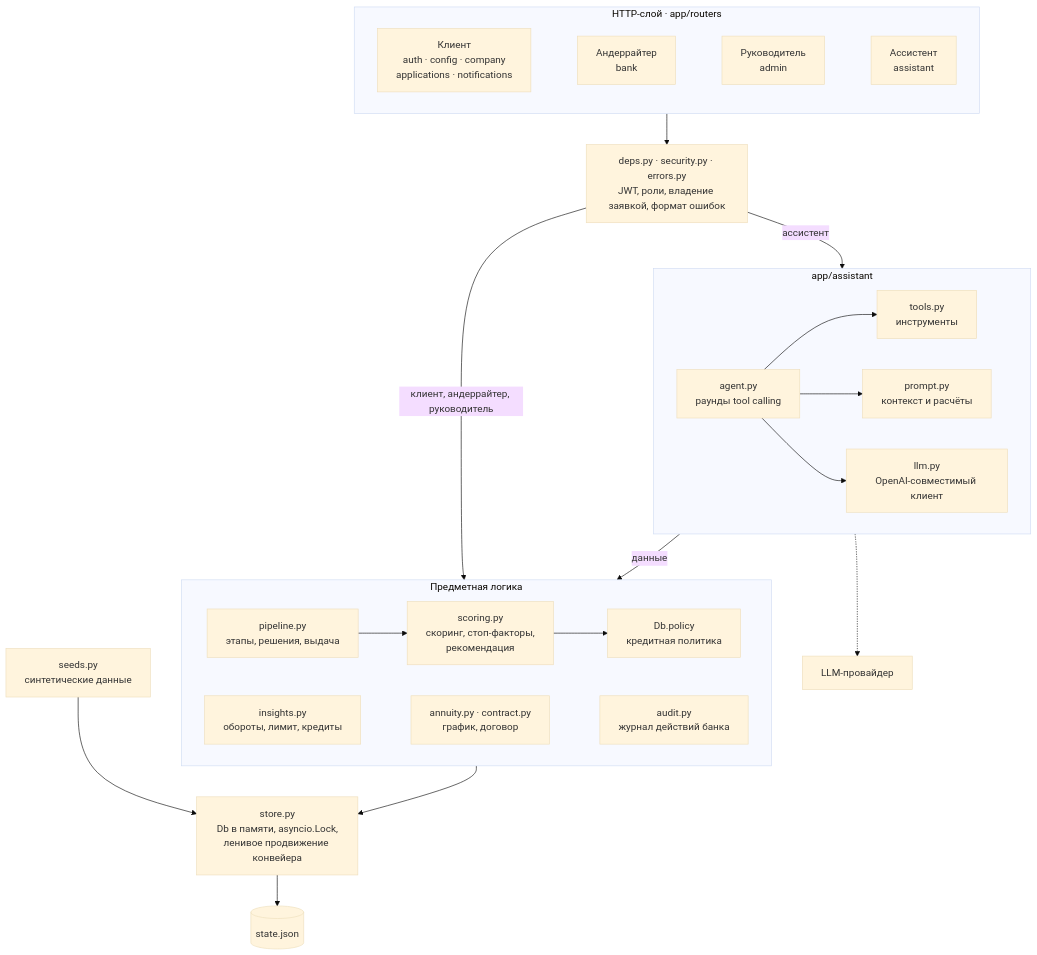
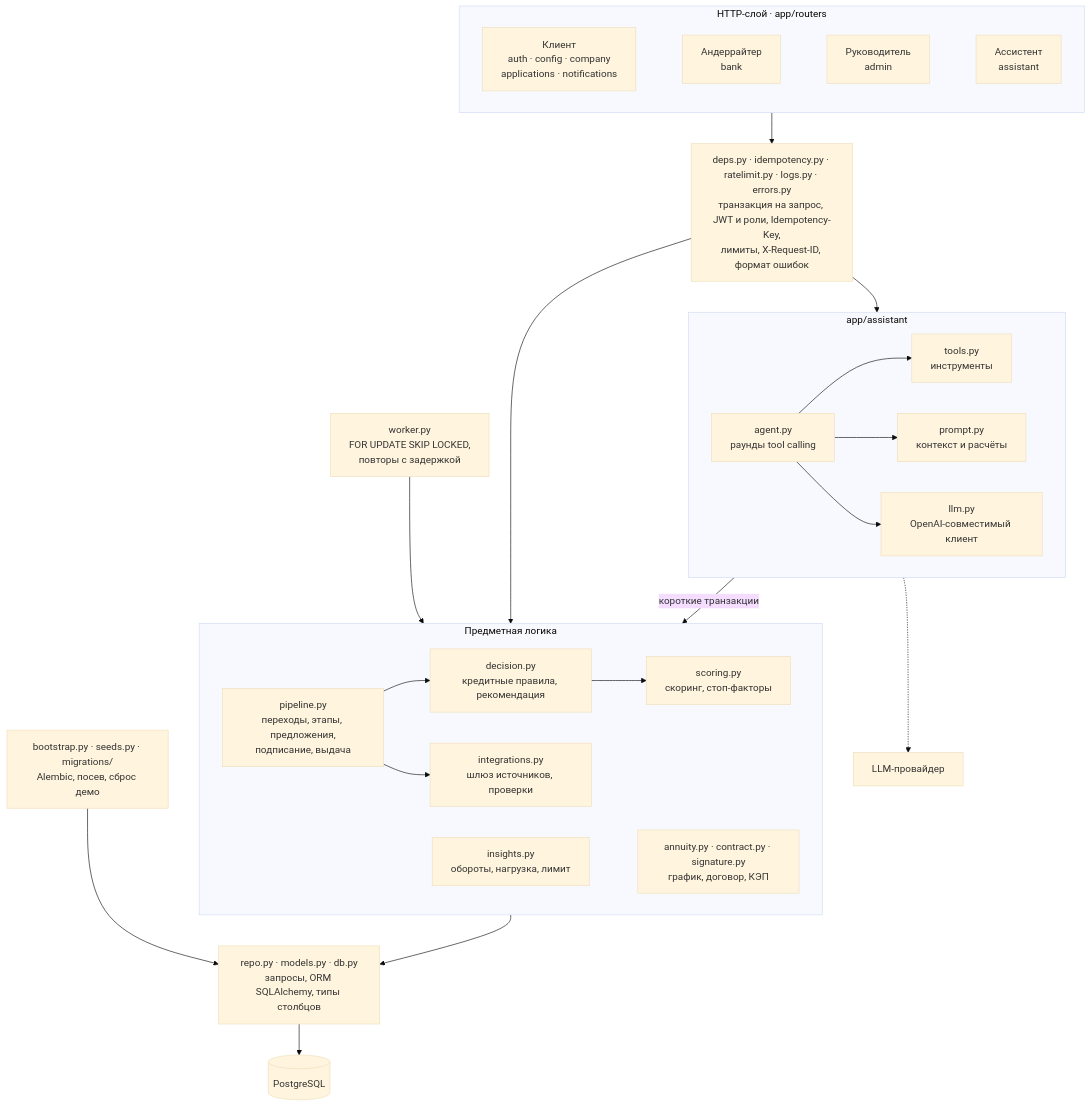
Before and after one commit to hugecatdev/alpharay: the third of 8 diagrams in docs/architecture.md, drawn with Mermaid (base theme). The commit also changed other lines of this file and 88 other files, not shown here.

````diff
--- a/docs/architecture.md
+++ b/docs/architecture.md
@@ -73,50 +79,54 @@
 ```mermaid
 flowchart TB
     subgraph http["HTTP-слой · app/routers"]
         direction LR
         r_client["Клиент<br/>auth · config · company<br/>applications · notifications"]
         r_bank["Андеррайтер<br/>bank"]
         r_admin["Руководитель<br/>admin"]
         r_ai["Ассистент<br/>assistant"]
         r_client ~~~ r_bank ~~~ r_admin ~~~ r_ai
     end
 
-    deps["deps.py · security.py · errors.py<br/>JWT, роли, владение заявкой, формат ошибок"]
+    deps["deps.py · idempotency.py · ratelimit.py · logs.py · errors.py<br/>транзакция на запрос, JWT и роли, Idempotency-Key,<br/>лимиты, X-Request-ID, формат ошибок"]
 
     subgraph domain["Предметная логика"]
         direction LR
-        pipeline["pipeline.py<br/>этапы, решения, выдача"]
-        scoring["scoring.py<br/>скоринг, стоп-факторы,<br/>рекомендация"]
-        policy["Db.policy<br/>кредитная политика"]
-        insights["insights.py<br/>обороты, лимит, кредиты"]
-        documents["annuity.py · contract.py<br/>график, договор"]
-        audit["audit.py<br/>журнал действий банка"]
-        pipeline --> scoring --> policy
-        insights ~~~ documents ~~~ audit
+        pipeline["pipeline.py<br/>переходы, этапы, предложения,<br/>подписание, выдача"]
+        decision["decision.py<br/>кредитные правила, рекомендация"]
+        scoring["scoring.py<br/>скоринг, стоп-факторы"]
+        integrations["integrations.py<br/>шлюз источников, проверки"]
+        insights["insights.py<br/>обороты, нагрузка, лимит"]
+        documents["annuity.py · contract.py · signature.py<br/>график, договор, КЭП"]
+        pipeline --> decision --> scoring
+        pipeline --> integrations
+        insights ~~~ documents
     end
+
+    worker["worker.py<br/>FOR UPDATE SKIP LOCKED,<br/>повторы с задержкой"]
 
     subgraph assistant["app/assistant"]
         direction LR
         agent["agent.py<br/>раунды tool calling"]
         tools["tools.py<br/>инструменты"]
         prompt["prompt.py<br/>контекст и расчёты"]
         llmc["llm.py<br/>OpenAI-совместимый клиент"]
         agent --> tools
         agent --> prompt
         agent --> llmc
     end
 
-    store["store.py<br/>Db в памяти, asyncio.Lock,<br/>ленивое продвижение конвейера"]
-    disk[("state.json")]
-    seeds["seeds.py<br/>синтетические данные"]
+    repo["repo.py · models.py · db.py<br/>запросы, ORM SQLAlchemy, типы столбцов"]
+    boot["bootstrap.py · seeds.py · migrations/<br/>Alembic, посев, сброс демо"]
+    pg[("PostgreSQL")]
     llm["LLM-провайдер"]
 
     http --> deps
-    deps -->|"клиент, андеррайтер, руководитель"| domain
-    deps -->|"ассистент"| assistant
-    assistant -->|"данные"| domain
-    domain --> store
-    seeds --> store
-    store --> disk
+    deps --> domain
+    deps --> assistant
+    assistant -->|"короткие транзакции"| domain
+    worker --> pipeline
+    domain --> repo
+    boot --> repo
+    repo --> pg
     llmc -.-> llm
 ```
````
